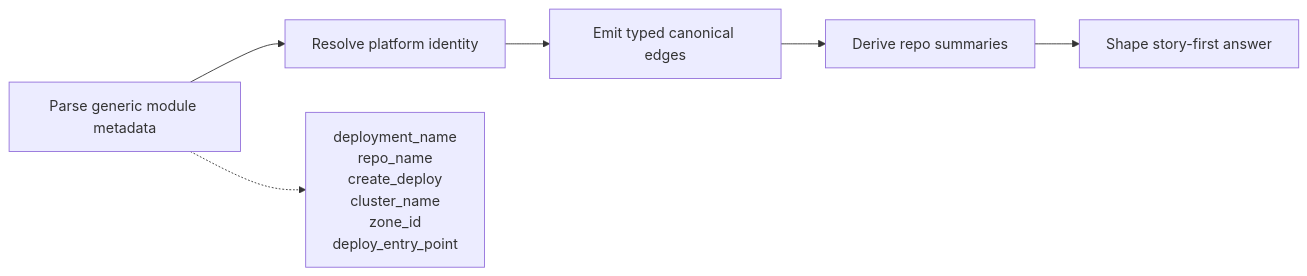
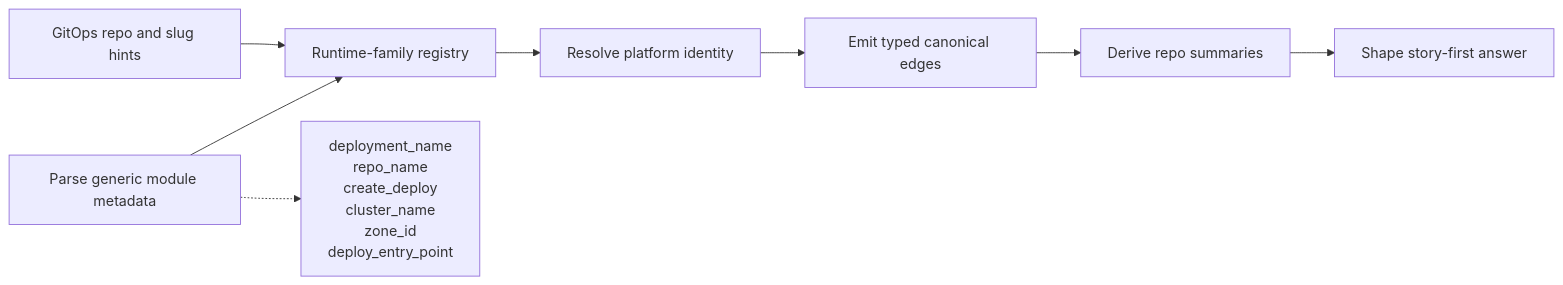
The second of 2 diagrams in docs/docs/reference/relationship-mapping.md (platformcontext/platform-context-graph), drawn with Mermaid before and after one commit. The commit also changed other lines of this file and 1 other file, not shown here.

Commit message:
Document shared runtime family guidance

````diff
--- a/docs/docs/reference/relationship-mapping.md
+++ b/docs/docs/reference/relationship-mapping.md
@@ -238,10 +245,12 @@
 ```mermaid
 flowchart LR
-    A[Parse generic module metadata] --> B[Resolve platform identity]
-    B --> C[Emit typed canonical edges]
-    C --> D[Derive repo summaries]
-    D --> E[Shape story-first answer]
+    A[Parse generic module metadata] --> B[Runtime-family registry]
+    A2[GitOps repo and slug hints] --> B
+    B --> C[Resolve platform identity]
+    C --> D[Emit typed canonical edges]
+    D --> E[Derive repo summaries]
+    E --> F[Shape story-first answer]
 
     A1[deployment_name\nrepo_name\ncreate_deploy\ncluster_name\nzone_id\ndeploy_entry_point]
     A -.-> A1
 ```
````
